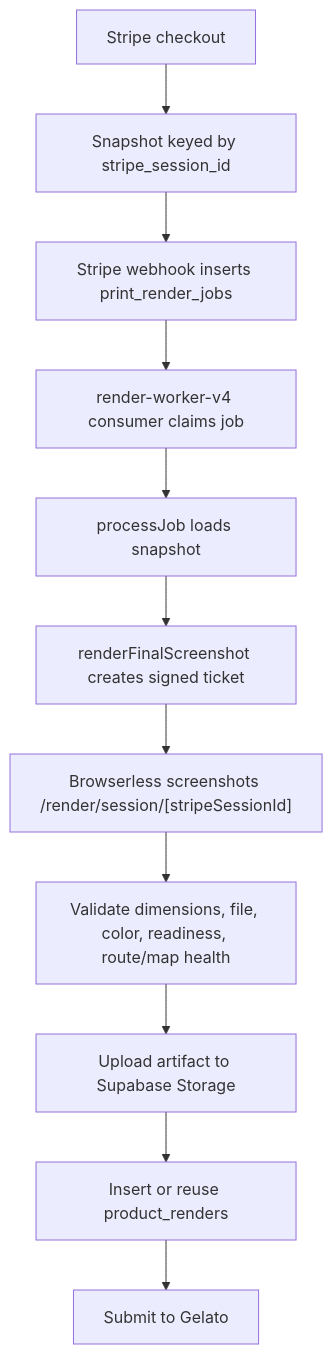
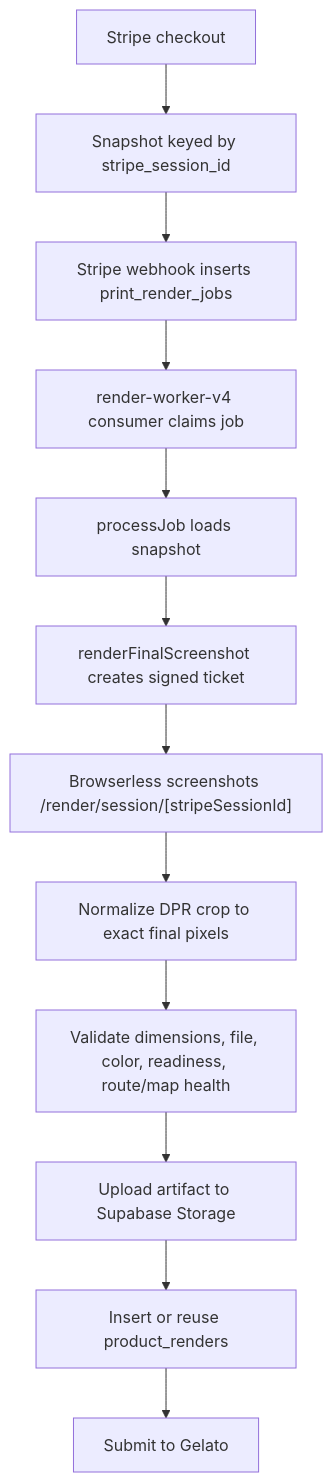
One commit to anthonynmaro/radmaps changed the diagram in render-worker-v4/HANDOFF.md. Above: the diagram before and after it, drawn with Mermaid. The commit also changed other lines of this file and 151 other files, not shown here.

````diff
--- a/render-worker-v4/HANDOFF.md
+++ b/render-worker-v4/HANDOFF.md
@@ -87,13 +88,14 @@
 ```mermaid
 flowchart TD
   A["Stripe checkout"] --> B["Snapshot keyed by stripe_session_id"]
   B --> C["Stripe webhook inserts print_render_jobs"]
   C --> D["render-worker-v4 consumer claims job"]
   D --> E["processJob loads snapshot"]
   E --> F["renderFinalScreenshot creates signed ticket"]
   F --> G["Browserless screenshots /render/session/[stripeSessionId]"]
-  G --> H["Validate dimensions, file, color, readiness, route/map health"]
-  H --> I["Upload artifact to Supabase Storage"]
-  I --> J["Insert or reuse product_renders"]
-  J --> K["Submit to Gelato"]
+  G --> H["Normalize DPR crop to exact final pixels"]
+  H --> I["Validate dimensions, file, color, readiness, route/map health"]
+  I --> J["Upload artifact to Supabase Storage"]
+  J --> K["Insert or reuse product_renders"]
+  K --> L["Submit to Gelato"]
 ```
````
